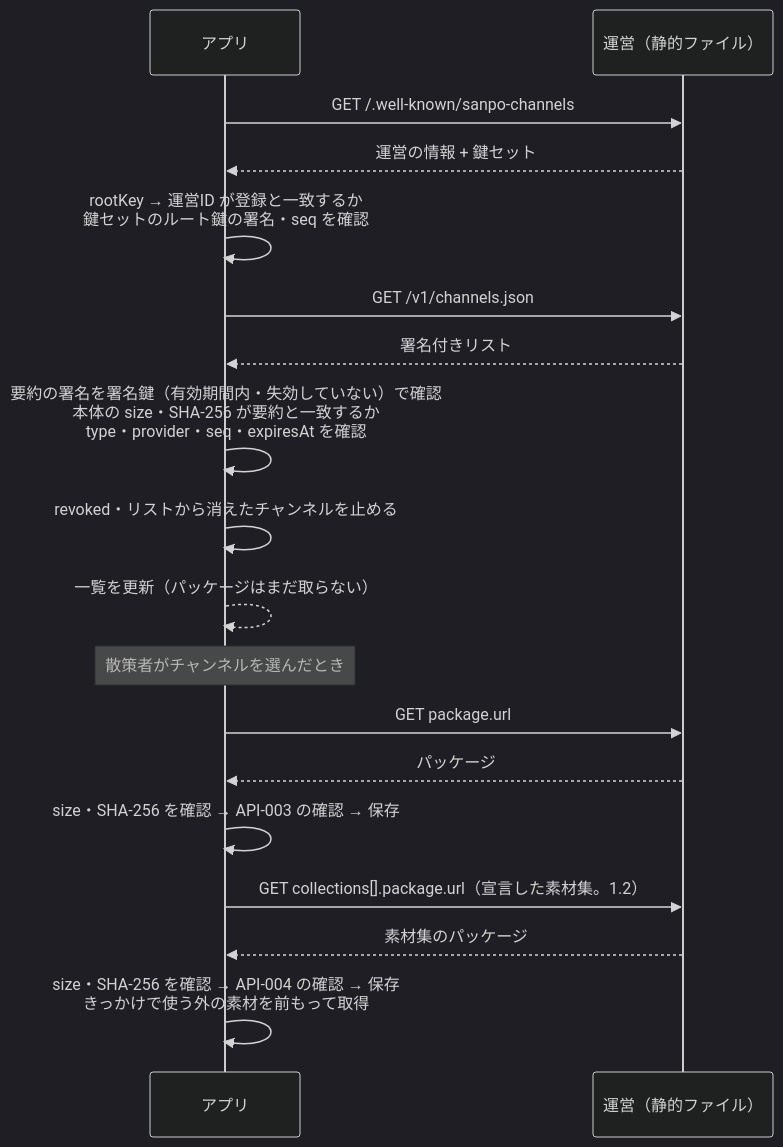
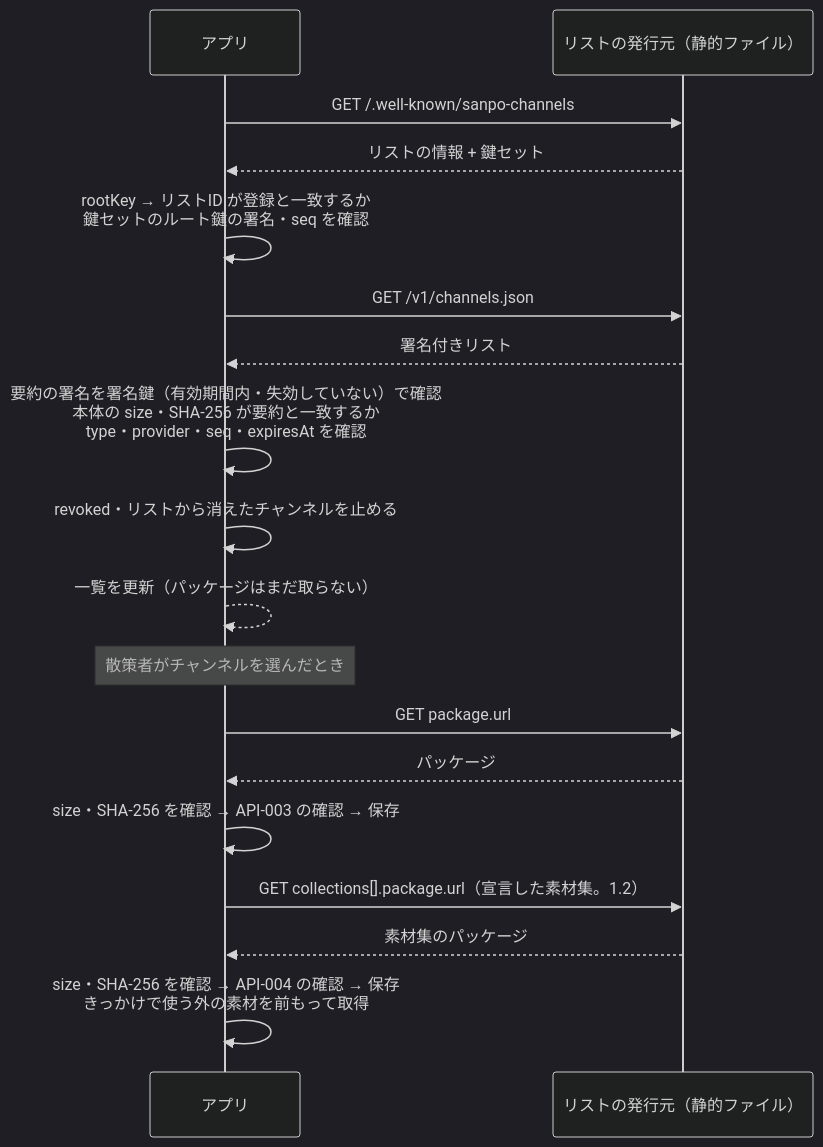
One commit to duwenji/yorisoi-sanpoguide changed the second of 2 diagrams in docs/channel-list-api.md. Above: the diagram before and after it, drawn with Mermaid (dark theme). The commit also changed other lines of this file and 16 other files, not shown here.

````diff
--- a/docs/channel-list-api.md
+++ b/docs/channel-list-api.md
@@ -339,20 +339,20 @@
 ```mermaid
 sequenceDiagram
     participant A as アプリ
-    participant H as 運営（静的ファイル）
+    participant H as リストの発行元（静的ファイル）
     A->>H: GET /.well-known/sanpo-channels
-    H-->>A: 運営の情報 + 鍵セット
-    A->>A: rootKey → 運営ID が登録と一致するか<br/>鍵セットのルート鍵の署名・seq を確認
+    H-->>A: リストの情報 + 鍵セット
+    A->>A: rootKey → リストID が登録と一致するか<br/>鍵セットのルート鍵の署名・seq を確認
     A->>H: GET /v1/channels.json
     H-->>A: 署名付きリスト
     A->>A: 要約の署名を署名鍵（有効期間内・失効していない）で確認<br/>本体の size・SHA-256 が要約と一致するか<br/>type・provider・seq・expiresAt を確認
     A->>A: revoked・リストから消えたチャンネルを止める
     A-->>A: 一覧を更新（パッケージはまだ取らない）
     Note over A: 散策者がチャンネルを選んだとき
     A->>H: GET package.url
     H-->>A: パッケージ
     A->>A: size・SHA-256 を確認 → API-003 の確認 → 保存
     A->>H: GET collections[].package.url（宣言した素材集。1.2）
     H-->>A: 素材集のパッケージ
     A->>A: size・SHA-256 を確認 → API-004 の確認 → 保存<br/>きっかけで使う外の素材を前もって取得
 ```
````
